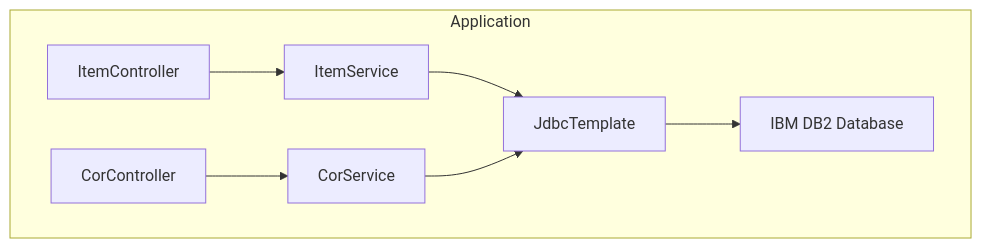
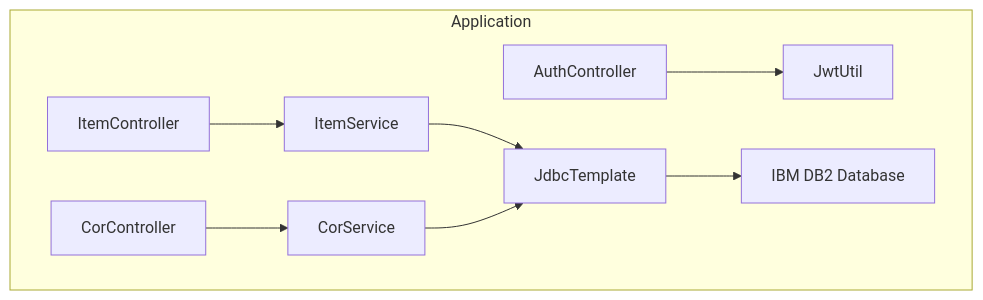
One commit to betolara1/API-Bartz-Moveis-ERP changed the diagram in README.md. Above: the diagram before and after it, drawn with Mermaid. The commit also changed other lines of this file, not shown here.

````diff
--- a/README.md
+++ b/README.md
@@ -48,10 +48,11 @@
 ```mermaid
 flowchart TB
   subgraph Application
+    Auth["AuthController"] --> Jwt["JwtUtil"]
     A1["ItemController"] --> B1["ItemService"]
     A2["CorController"] --> B2["CorService"]
     B1 --> C1["JdbcTemplate"]
     B2 --> C1
     C1 --> D["IBM DB2 Database"]
   end
 ```
````
